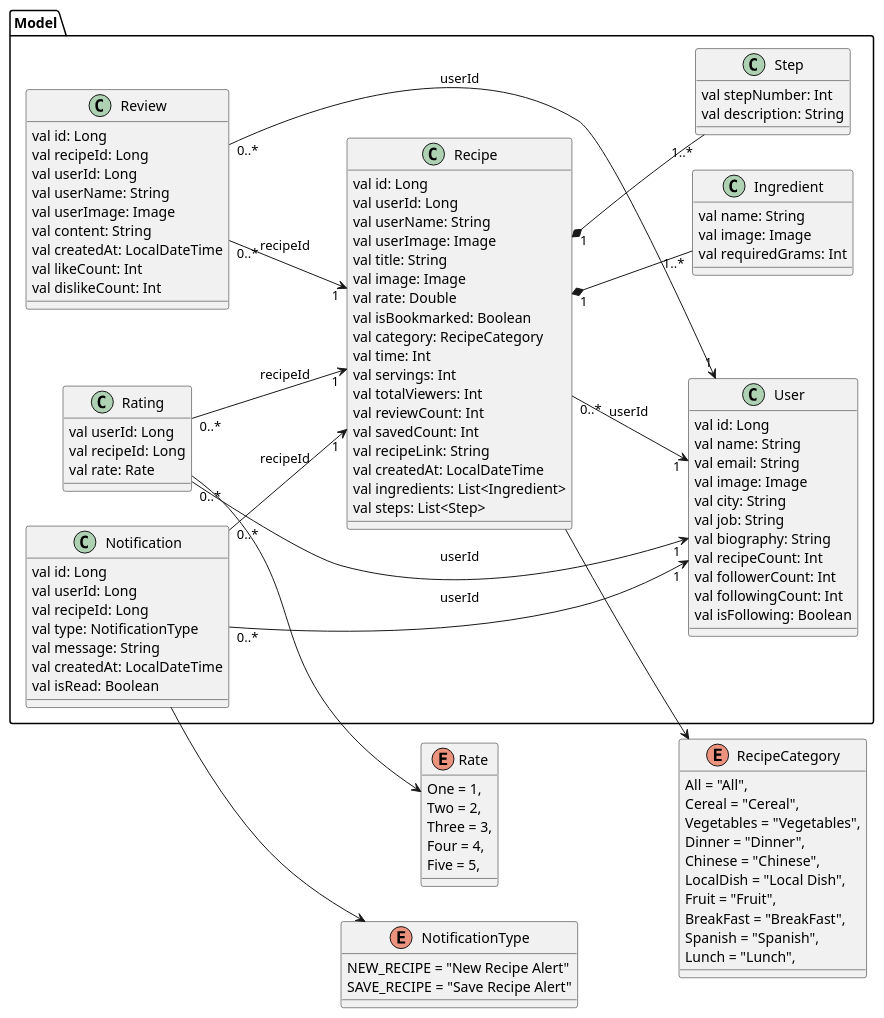
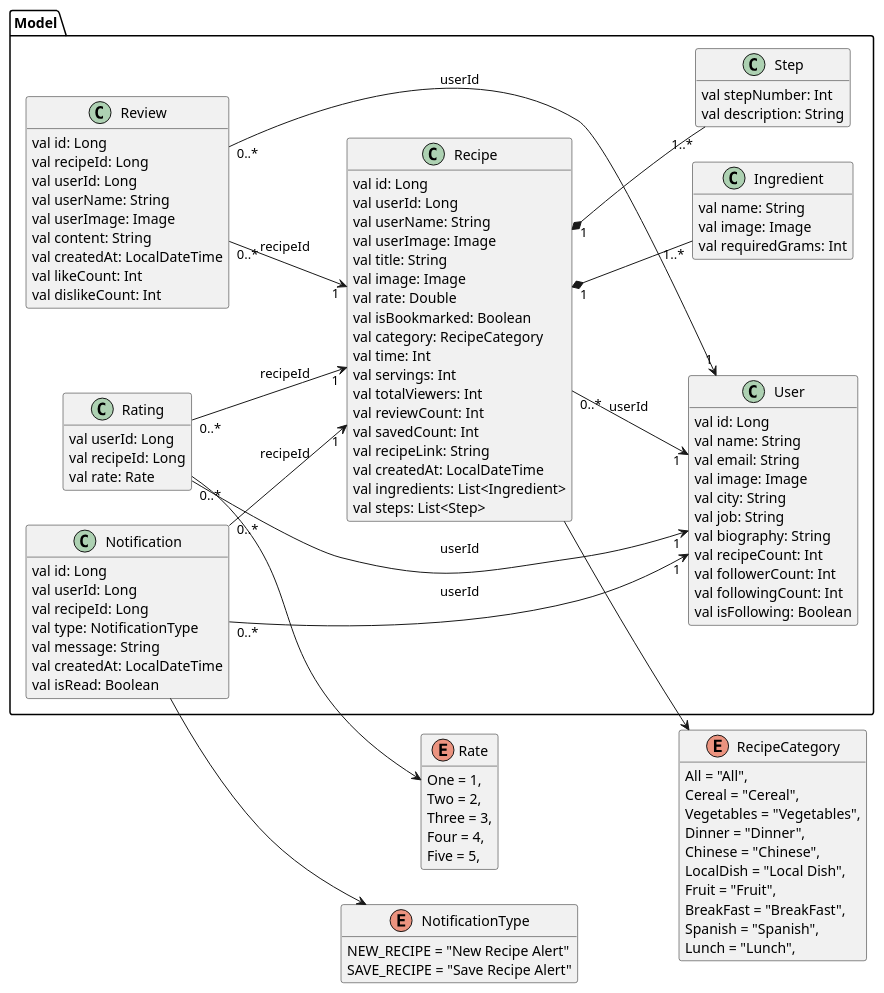
The diagram in docs/UML/Recipe/architecture_Model.puml (SurvivalCodingCampus/gangnam3-java-oop), drawn with PlantUML before and after one commit. The commit also changed 3 other files, not shown here.

First line of the commit message:
docs: 레시피 UML 다이어그램 및 비즈니스 규칙 갱신

```diff
--- a/docs/UML/Recipe/architecture_Model.puml
+++ b/docs/UML/Recipe/architecture_Model.puml
@@ -1,123 +1,124 @@
 @startuml
 'https://plantuml.com/class-diagram
 ' architecture_DTO.puml(DTO) 기반 Model
 
 left to right direction
+hide empty members
 
 ' Enum (architecture_DTO.puml 에서 복사)
 enum RecipeCategory {
   All = "All",
   Cereal = "Cereal",
   Vegetables = "Vegetables",
   Dinner = "Dinner",
   Chinese = "Chinese",
   LocalDish = "Local Dish",
   Fruit = "Fruit",
   BreakFast = "BreakFast",
   Spanish = "Spanish",
   Lunch = "Lunch",
 }
 
 enum Rate {
   One = 1,
   Two = 2,
   Three = 3,
   Four = 4,
   Five = 5,
 }
 
 enum NotificationType {
     NEW_RECIPE = "New Recipe Alert"
     SAVE_RECIPE = "Save Recipe Alert"
 }
 
 package Model {
     class User {
         val id: Long
         val name: String
         val email: String
         val image: Image
         val city: String
         val job: String
         val biography: String
         val recipeCount: Int
         val followerCount: Int
         val followingCount: Int
         val isFollowing: Boolean
     }
 
     class Recipe {
         val id: Long
         val userId: Long
         val userName: String
         val userImage: Image
         val title: String
         val image: Image
         val rate: Double
         val isBookmarked: Boolean
         val category: RecipeCategory
         val time: Int
         val servings: Int
         val totalViewers: Int
         val reviewCount: Int
         val savedCount: Int
         val recipeLink: String
         val createdAt: LocalDateTime
         val ingredients: List<Ingredient>
         val steps: List<Step>
     }
 
     class Ingredient {
         val name: String
         val image: Image
         val requiredGrams: Int
     }
 
     class Step {
         val stepNumber: Int
         val description: String
     }
 
     class Rating {
         val userId: Long
         val recipeId: Long
         val rate: Rate
     }
 
     class Review {
         val id: Long
         val recipeId: Long
         val userId: Long
         val userName: String
         val userImage: Image
         val content: String
         val createdAt: LocalDateTime
         val likeCount: Int
         val dislikeCount: Int
     }
 
     class Notification {
         val id: Long
         val userId: Long
         val recipeId: Long
         val type: NotificationType
         val message: String
         val createdAt: LocalDateTime
         val isRead: Boolean
     }
 
     Recipe "0..*" --> "1" User : userId
     Recipe "1" *-- "1..*" Ingredient
     Recipe "1" *-- "1..*" Step
     Recipe --> RecipeCategory
     Review "0..*" --> "1" User : userId
     Review "0..*" --> "1" Recipe : recipeId
     Rating "0..*" --> "1" User : userId
     Rating "0..*" --> "1" Recipe : recipeId
     Rating --> Rate
     Notification "0..*" --> "1" User : userId
     Notification "0..*" --> "1" Recipe : recipeId
     Notification --> NotificationType
 }
 
 @enduml
```
